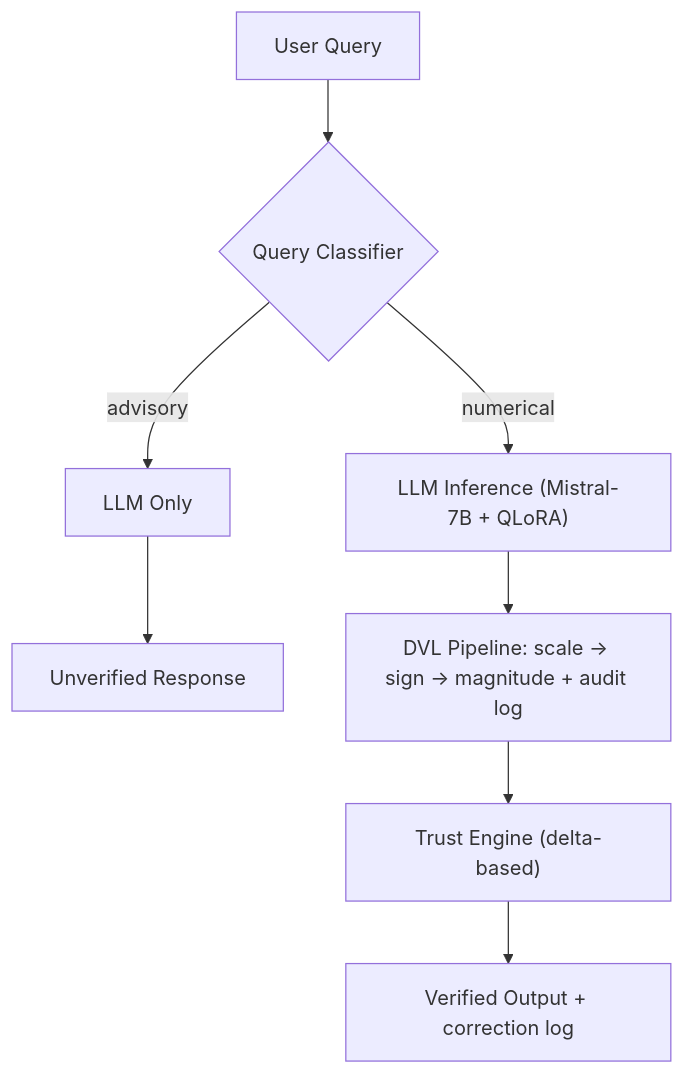
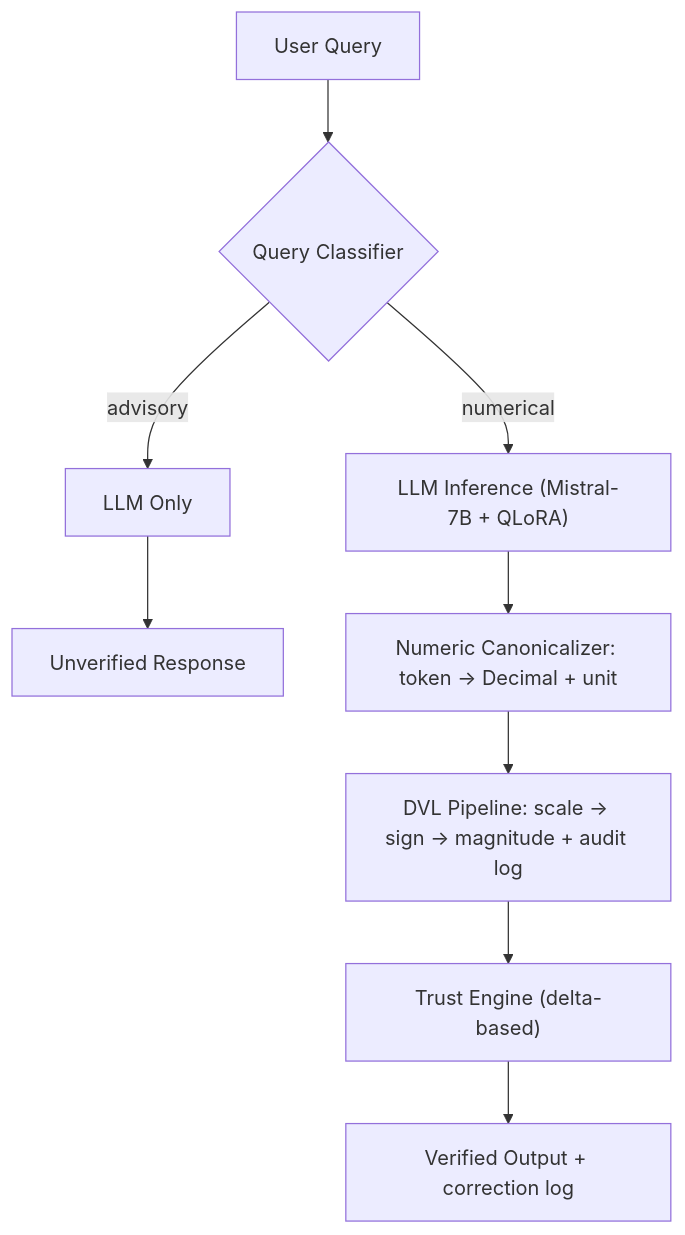
The second of 3 diagrams in README.md (FinVerify/Finverify), drawn with Mermaid before and after one commit. The commit also changed other lines of this file, not shown here.

````diff
--- a/README.md
+++ b/README.md
@@ -205,9 +207,10 @@
 ```mermaid
 flowchart TD
     A[User Query] --> B{Query Classifier}
     B -->|advisory| C[LLM Only] --> D[Unverified Response]
     B -->|numerical| E["LLM Inference (Mistral-7B + QLoRA)"]
-    E --> F["DVL Pipeline: scale → sign → magnitude + audit log"]
-    F --> G["Trust Engine (delta-based)"]
-    G --> H[Verified Output + correction log]
+    E --> F["Numeric Canonicalizer: token → Decimal + unit"]
+    F --> G["DVL Pipeline: scale → sign → magnitude + audit log"]
+    G --> H["Trust Engine (delta-based)"]
+    H --> I[Verified Output + correction log]
 ```
````
